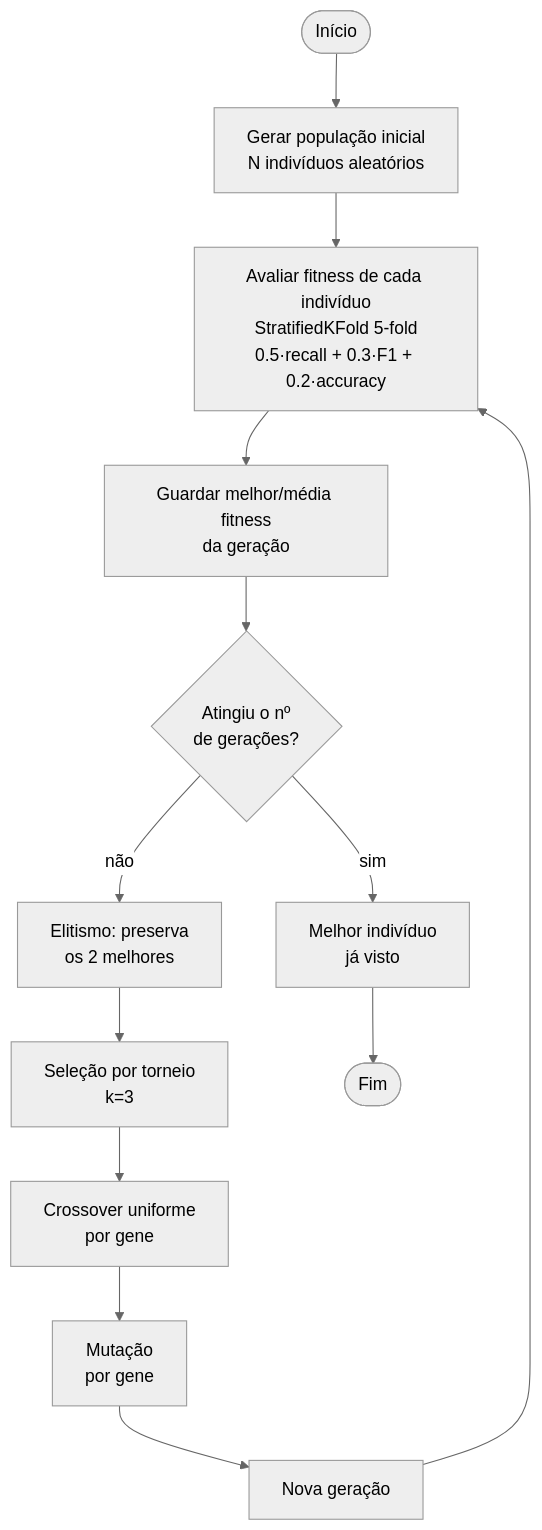
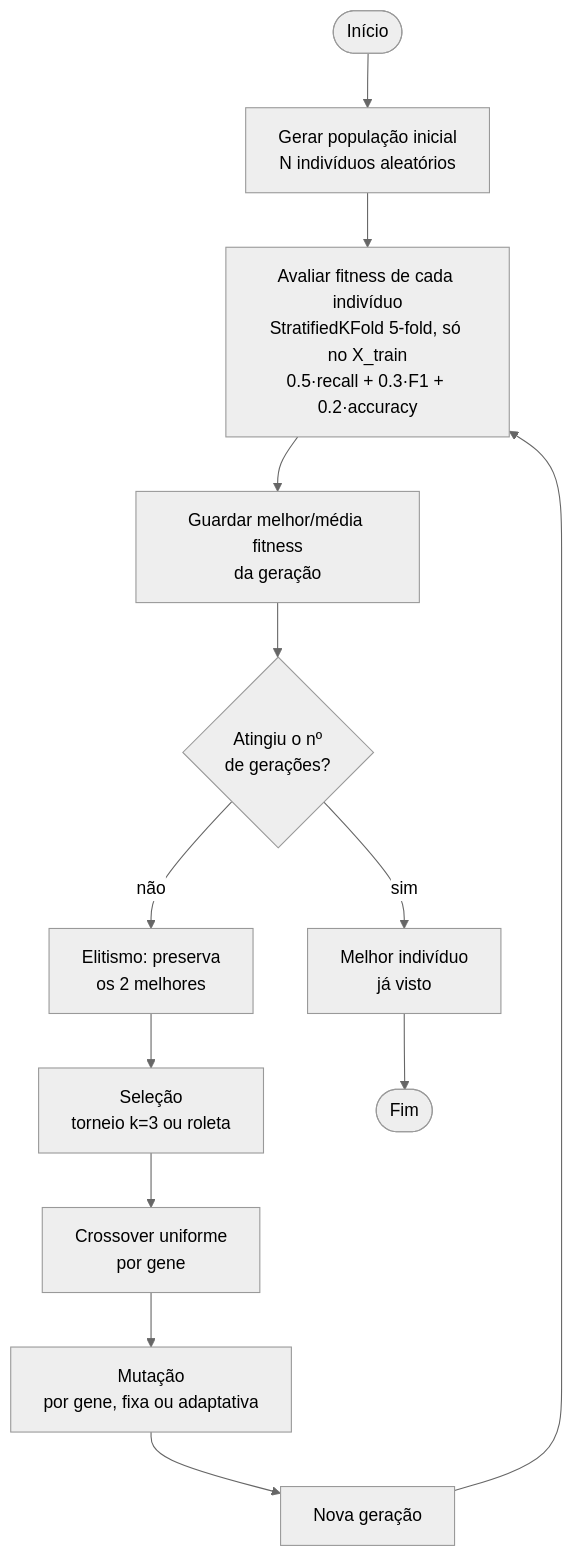
Before and after one commit to SamirGoes/tech-challenge-fiap-fase2: the second of 4 diagrams in docs/ARCHITECTURE.md, drawn with Mermaid (neutral theme). The commit also changed other lines of this file and 14 other files, not shown here.

````diff
--- a/docs/ARCHITECTURE.md
+++ b/docs/ARCHITECTURE.md
@@ -30,15 +30,15 @@
 ```mermaid
 flowchart TD
     Start([Início]) --> Init[Gerar população inicial\nN indivíduos aleatórios]
-    Init --> Eval[Avaliar fitness de cada indivíduo\nStratifiedKFold 5-fold\n0.5·recall + 0.3·F1 + 0.2·accuracy]
+    Init --> Eval["Avaliar fitness de cada indivíduo\nStratifiedKFold 5-fold, só no X_train\n0.5·recall + 0.3·F1 + 0.2·accuracy"]
     Eval --> Log[Guardar melhor/média fitness\nda geração]
     Log --> Check{Atingiu o nº\nde gerações?}
     Check -- não --> Elite[Elitismo: preserva\nos 2 melhores]
-    Elite --> Select[Seleção por torneio\nk=3]
+    Elite --> Select[Seleção\ntorneio k=3 ou roleta]
     Select --> Cross[Crossover uniforme\npor gene]
-    Cross --> Mut[Mutação\npor gene]
+    Cross --> Mut[Mutação\npor gene, fixa ou adaptativa]
     Mut --> NextGen[Nova geração]
     NextGen --> Eval
     Check -- sim --> Best[Melhor indivíduo\njá visto]
     Best --> End([Fim])
 ```
````
